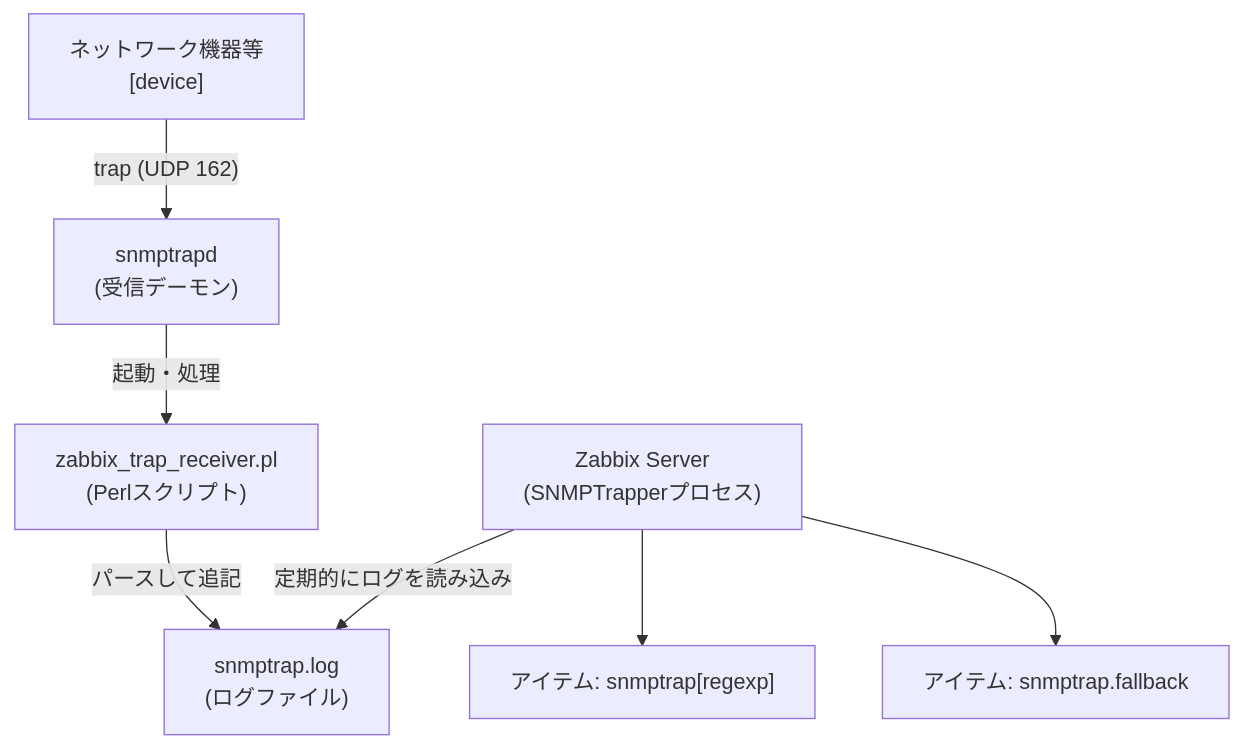
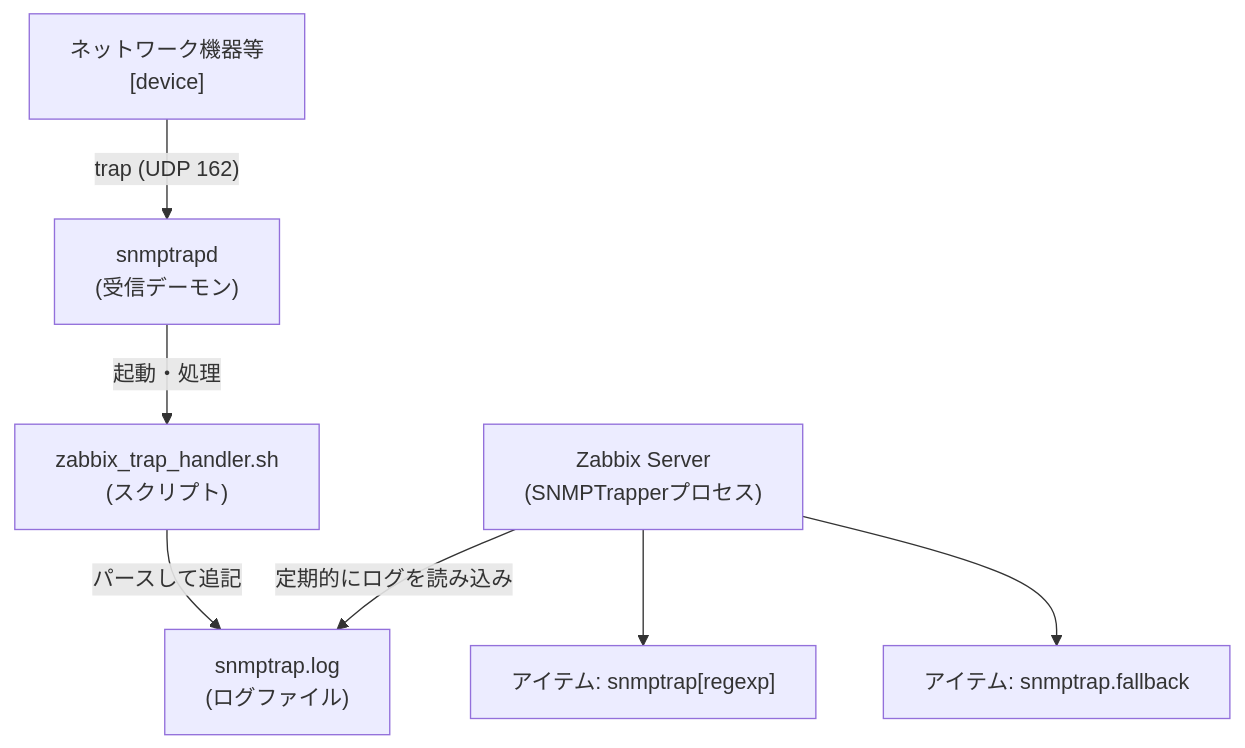
One commit to nonsugar-go/study changed the diagram in tools/zabbix/snmp.md. Above: the diagram before and after it, drawn with Mermaid.

````diff
--- a/tools/zabbix/snmp.md
+++ b/tools/zabbix/snmp.md
@@ -5,21 +5,21 @@
 ```mermaid
 graph TD
     %% ノードの定義
     Device["ネットワーク機器等\n[device]"]
     Trapd["snmptrapd\n(受信デーモン)"]
-    Receiver["zabbix_trap_receiver.pl\n(Perlスクリプト)"]
+    Receiver["zabbix_trap_handler.sh\n(スクリプト)"]
     Log["snmptrap.log\n(ログファイル)"]
     Server["Zabbix Server\n(SNMPTrapperプロセス)"]
     
     Item1["アイテム: snmptrap[regexp]"]
     Item2["アイテム: snmptrap.fallback"]
 
     %% フローの接続
     Device -- "trap (UDP 162)" --> Trapd
     Trapd -->|"起動・処理"| Receiver
     Receiver -->|"パースして追記"| Log
     Server -- "定期的にログを読み込み" --> Log
     
     Server --> Item1
     Server --> Item2
 ```
````
